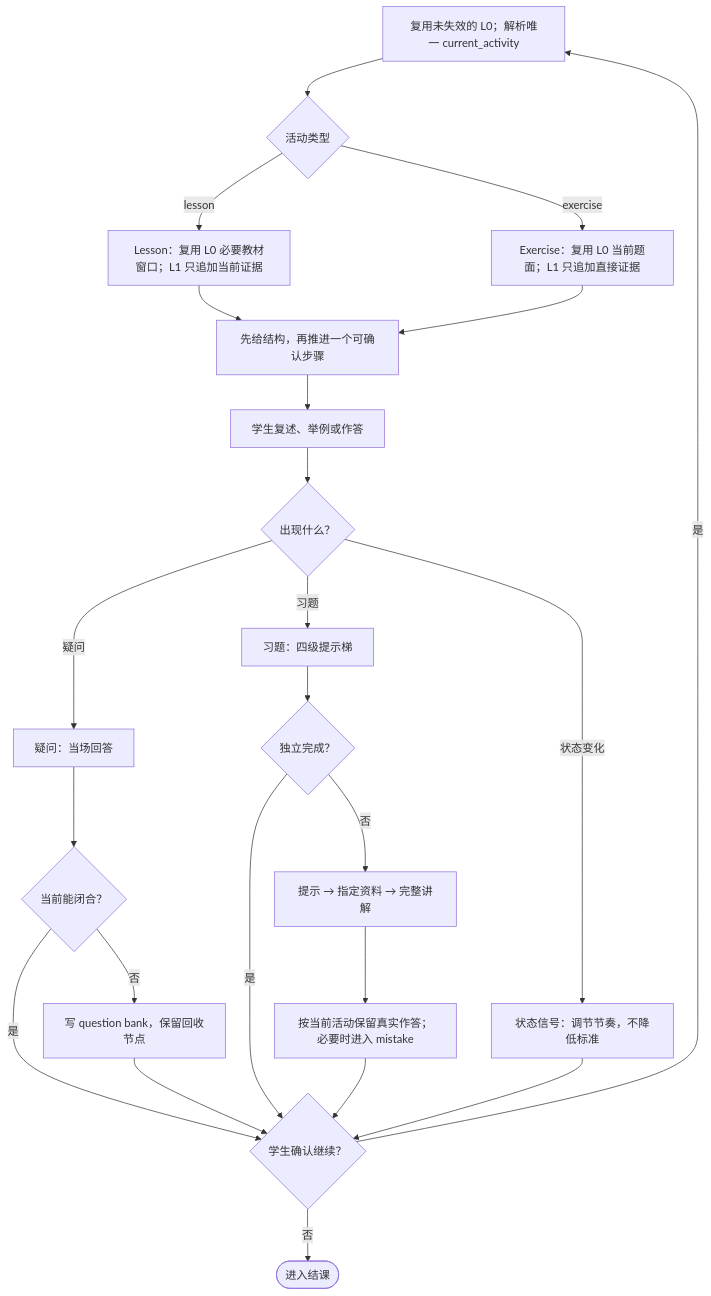
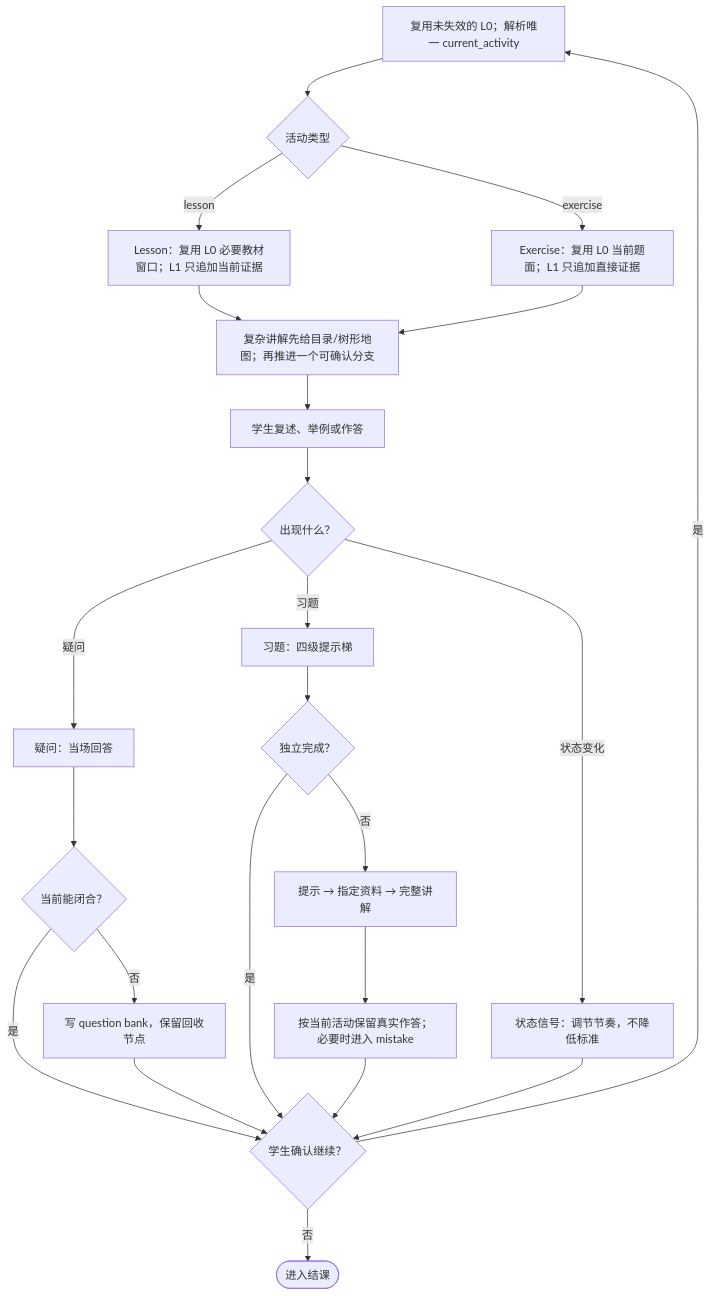
Before and after one commit to lungstrahv/T2AG: the third of 6 diagrams in main/50_playbook/t2ag_flow.md, drawn with Mermaid. The commit also changed other lines of this file and 44 other files, not shown here.

````diff
--- a/main/50_playbook/t2ag_flow.md
+++ b/main/50_playbook/t2ag_flow.md
@@ -97,42 +97,42 @@
 ```mermaid
 flowchart TD
   A["复用未失效的 L0；解析唯一 current_activity"]
   B{"活动类型"}
   C["Lesson：复用 L0 必要教材窗口；L1 只追加当前证据"]
   D["Exercise：复用 L0 当前题面；L1 只追加直接证据"]
-  E["先给结构，再推进一个可确认步骤"]
+  E["复杂讲解先给目录/树形地图；再推进一个可确认分支"]
   F["学生复述、举例或作答"]
   G{"出现什么？"}
   H["疑问：当场回答"]
   I{"当前能闭合？"}
   J["写 question bank，保留回收节点"]
   K["习题：四级提示梯"]
   L{"独立完成？"}
   M["提示 → 指定资料 → 完整讲解"]
   N["按当前活动保留真实作答；必要时进入 mistake"]
   O["状态信号：调节节奏，不降低标准"]
   P{"学生确认继续？"}
   Q(["进入结课"])
   A --> B
   B -- "lesson" --> C
   B -- "exercise" --> D
   C --> E
   D --> E
   E --> F
   F --> G
   G -- "疑问" --> H
   H --> I
   I -- "否" --> J
   I -- "是" --> P
   J --> P
   G -- "习题" --> K
   K --> L
   L -- "否" --> M
   L -- "是" --> P
   M --> N
   N --> P
   G -- "状态变化" --> O
   O --> P
   P -- "是" --> A
   P -- "否" --> Q
 ```
````
